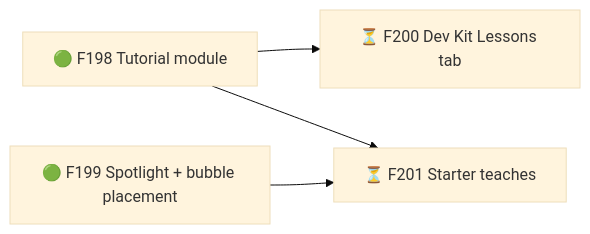
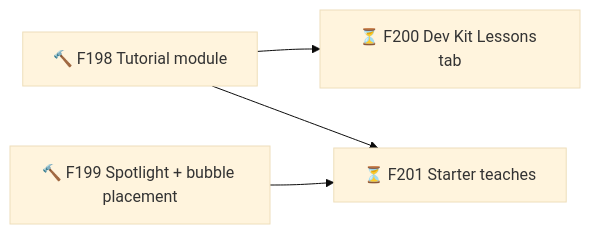
Diagram 37 of 37 in .planning/ROADMAP.md (TheBlueMuzzy/framework), drawn with Mermaid (base theme) before and after one commit. The commit also changed other lines of this file and 2 other files, not shown here.

Commit message:
Sprint 63: a tutorial toolbox any game can load (F198 — Tutorial module, F199 — Spotlight + bubble placement, F201 — Starter teaches, F200 — Dev Kit Lessons tab)

````diff
--- a/.planning/ROADMAP.md
+++ b/.planning/ROADMAP.md
@@ -597,10 +597,10 @@
 ```mermaid
 flowchart LR
-  F198[🟢 F198 Tutorial module]
-  F199[🟢 F199 Spotlight + bubble placement]
+  F198[🔨 F198 Tutorial module]
+  F199[🔨 F199 Spotlight + bubble placement]
   F200[⏳ F200 Dev Kit Lessons tab]
   F201[⏳ F201 Starter teaches]
   F198 --> F200
   F198 --> F201
   F199 --> F201
 ```
````
